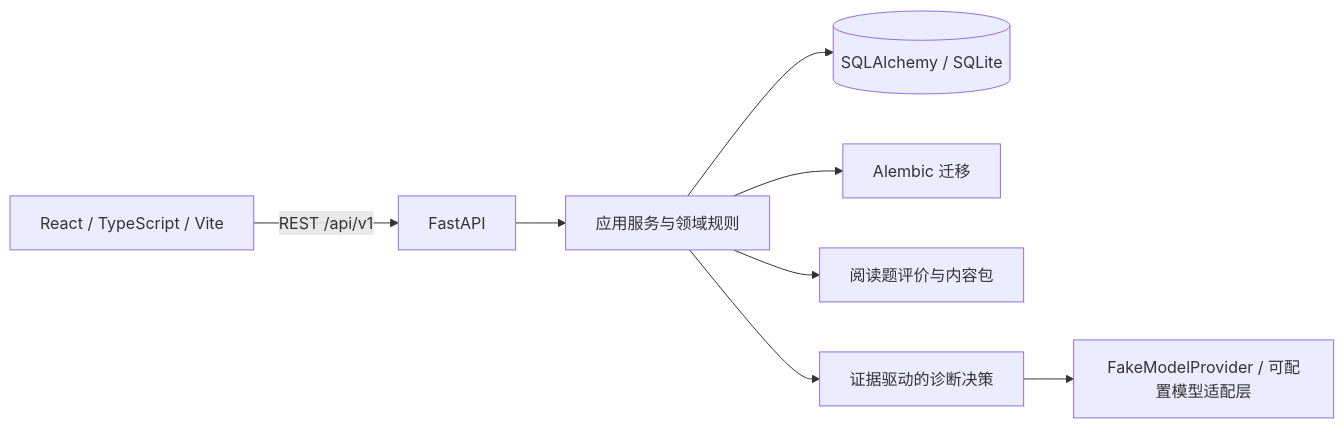
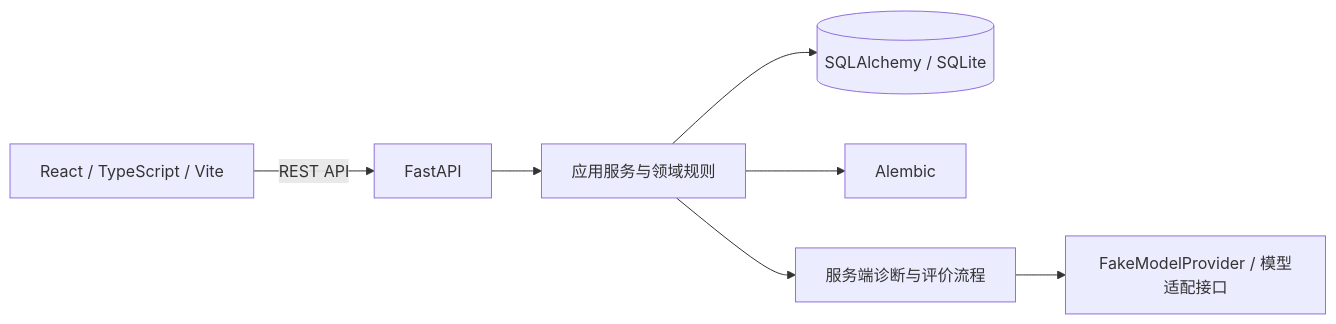
The second of 2 diagrams in README.md (KaoruMiyagawa/UnlearnLoop), drawn with Mermaid before and after one commit. The commit also changed other lines of this file and 1 other file, not shown here.

````diff
--- a/README.md
+++ b/README.md
@@ -48,10 +60,9 @@
 ```mermaid
 flowchart LR
-    UI[React / TypeScript / Vite] -->|REST /api/v1| API[FastAPI]
+    UI[React / TypeScript / Vite] -->|REST API| API[FastAPI]
     API --> APP[应用服务与领域规则]
     APP --> DB[(SQLAlchemy / SQLite)]
-    APP --> MIG[Alembic 迁移]
-    APP --> EVAL[阅读题评价与内容包]
-    APP --> AGENT[证据驱动的诊断决策]
-    AGENT --> PROVIDER[FakeModelProvider / 可配置模型适配层]
+    APP --> MIG[Alembic]
+    APP --> AGENT[服务端诊断与评价流程]
+    AGENT --> MODEL[FakeModelProvider / 模型适配接口]
 ```
````
